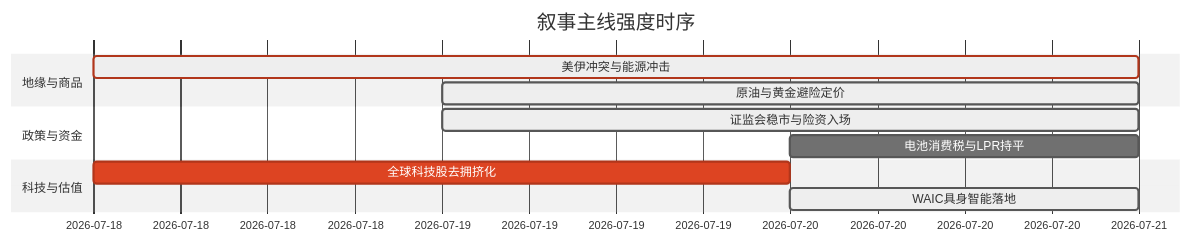
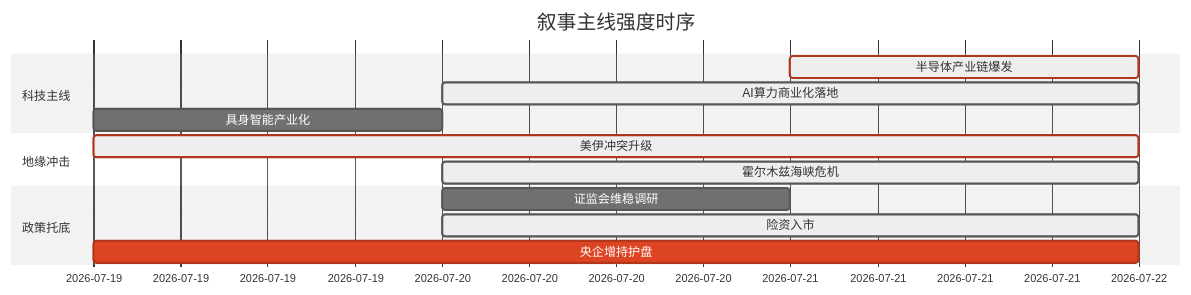
The diagram in 5day_report.md (uu5zn/uu5zn.github.io), drawn with Mermaid (neutral theme) before and after one commit. The commit also changed other lines of this file and 24 other files, not shown here.

````diff
--- a/5day_report.md
+++ b/5day_report.md
@@ -55,16 +58,18 @@
 ```mermaid
 gantt
     title 叙事主线强度时序
     dateFormat YYYY-MM-DD
-    section 地缘与商品
-    美伊冲突与能源冲击   :crit, active, 2026-07-18, 3d
-    原油与黄金避险定价   :active, 2026-07-19, 2d
+    section 科技主线
+    半导体产业链爆发   :crit, active, 2026-07-21, 1d
+    AI算力商业化落地   :active, 2026-07-20, 2d
+    具身智能产业化     :2026-07-19, 1d
     
-    section 政策与资金
-    证监会稳市与险资入场   :active, 2026-07-19, 2d
-    电池消费税与LPR持平   :2026-07-20, 1d
+    section 地缘冲击
+    美伊冲突升级       :crit, active, 2026-07-19, 3d
+    霍尔木兹海峡危机   :active, 2026-07-20, 2d
     
-    section 科技与估值
-    全球科技股去拥挤化   :crit, 2026-07-18, 2d
-    WAIC具身智能落地   :active, 2026-07-20, 1d
+    section 政策托底
+    证监会维稳调研     :2026-07-20, 1d
+    险资入市           :active, 2026-07-20, 2d
+    央企增持护盘       :crit, 2026-07-19, 3d
 ```
````
